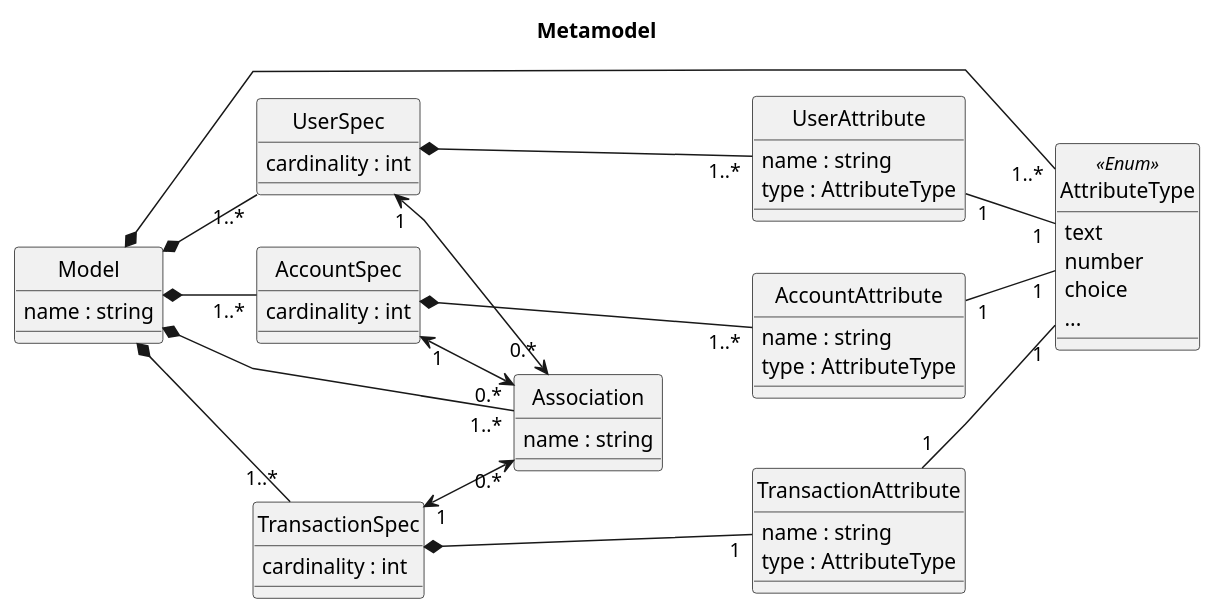
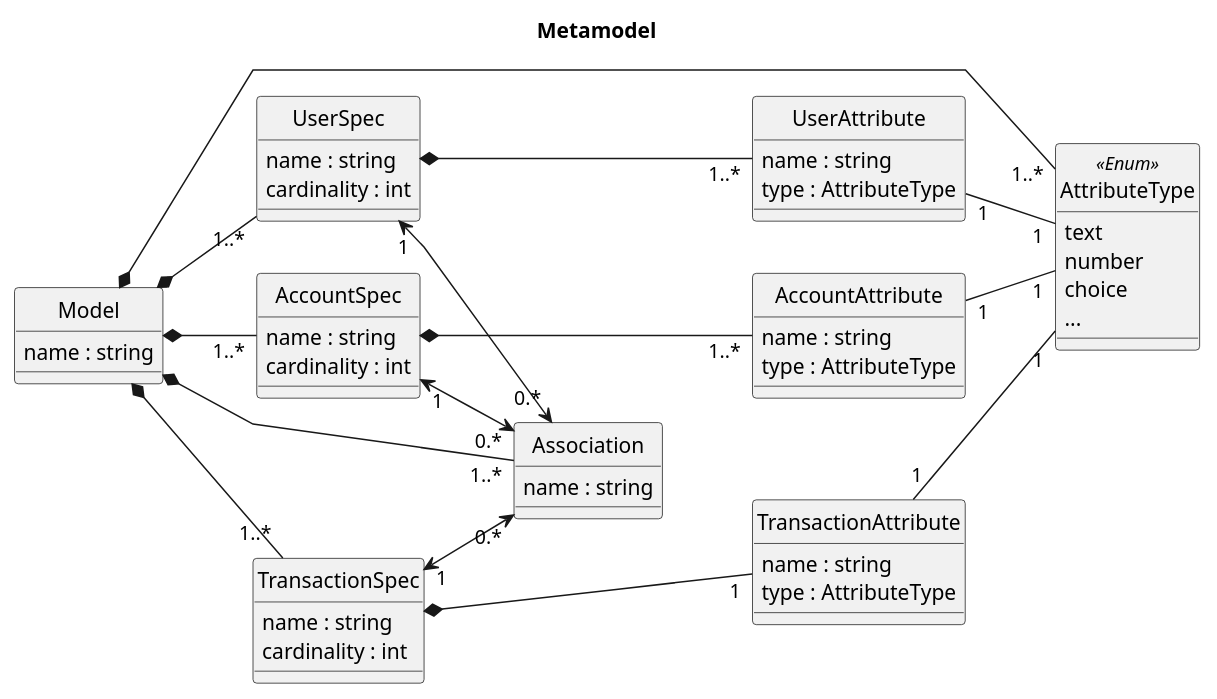
One commit to PeFerreira98/ISEP.Master.EDOM_2021 changed the diagram in diagrams/metamodel.puml. Above: the diagram before and after it, drawn with PlantUML. The commit also changed 1 other file, not shown here.

Commit message:
#5 Design Metamodel

```diff
--- a/diagrams/metamodel.puml
+++ b/diagrams/metamodel.puml
@@ -1,81 +1,82 @@
-@startuml metamodel.png
-
+@startuml
 left to right direction
 
 skinparam linetype polyline
 ' skinparam linetype ortho
 skinparam monochrome true
 skinparam packageStyle rect
 skinparam shadowing false
 
 ' skinparam nodesep 5
 ' skinparam ranksep 80
 ' skinparam padding 2
 ' !pragma ratio 0.2
 
 title Metamodel
 
 class Model {
     name : string
 }
 
 class UserSpec {
+    name : string
     cardinality : int
 }
 
 class UserAttribute {
     name : string
     type : AttributeType
 }
 
 class AccountSpec {
+    name : string
     cardinality : int
 }
 
 class AccountAttribute {
     name : string
     type : AttributeType
 }
 
 class TransactionSpec {
+    name : string
     cardinality : int
 }
 
 class TransactionAttribute {
     name : string
     type : AttributeType
 }
 
 class Association {
     name : string
 }
 
 class AttributeType <<Enum>> {
     text
     number
     choice
     ...
 }
 
 Model *--- "1..*" AttributeType
 
 Model *-- "1..*" UserSpec
 UserSpec *--- "1..*" UserAttribute
 UserAttribute "1" -- "1" AttributeType
 
 Model *-- "1..*" AccountSpec
 AccountSpec *--- "1..*" AccountAttribute
 AccountAttribute "1" -- "1" AttributeType
 
 Model *-- "1..*" TransactionSpec
 TransactionSpec *--- "1" TransactionAttribute
 TransactionAttribute "1" -- "1" AttributeType
 
 Model *--- "1..*" Association
 UserSpec "1" <--> "0.*" Association
 AccountSpec "1" <--> "0.*" Association
 TransactionSpec "1" <--> "0.*" Association
 
 hide circle
-
 @enduml
```
